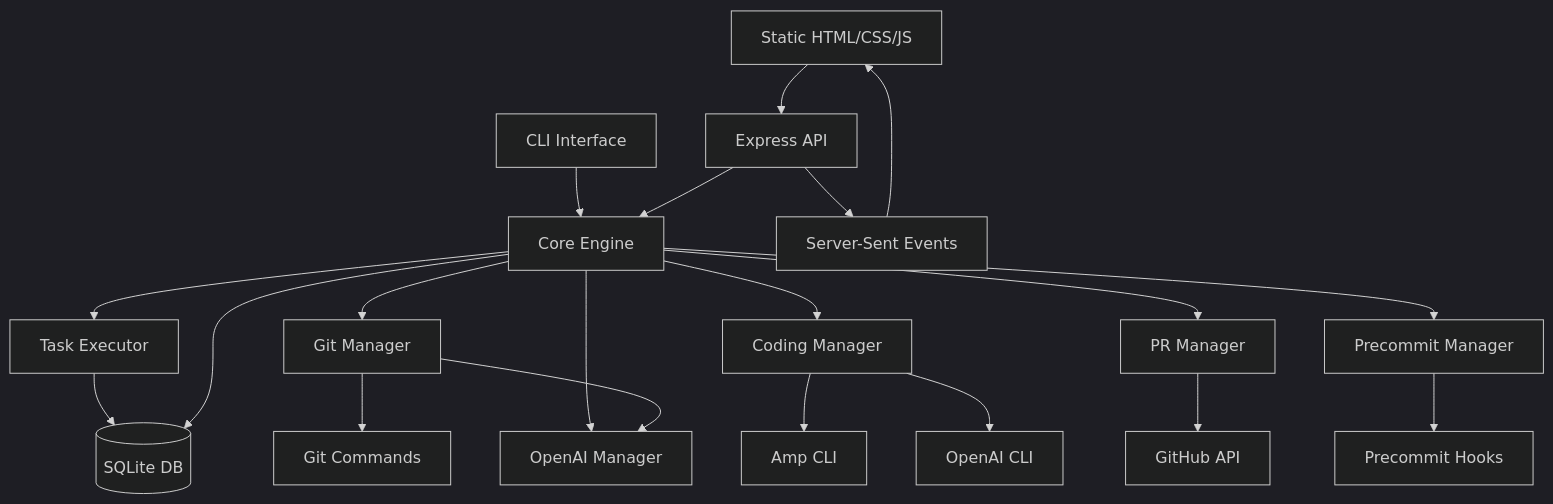
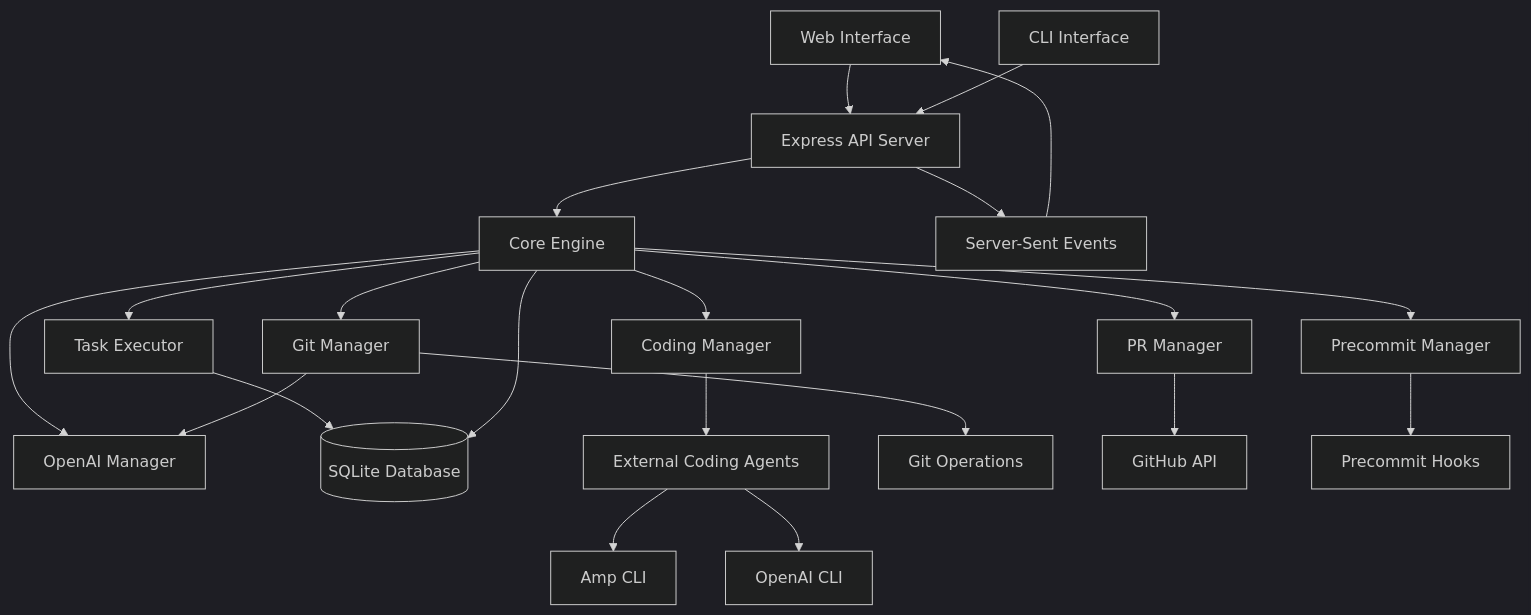
Before and after one commit to Haizzz/duckling: the first of 9 diagrams in spec.md, drawn with Mermaid (dark theme). The commit also changed other lines of this file and 2 other files, not shown here.

````diff
--- a/spec.md
+++ b/spec.md
@@ -10,27 +10,28 @@
 ```mermaid
 graph TB
-    CLI[CLI Interface] --> Core[Core Engine]
-    Web[Static HTML/CSS/JS] --> API[Express API]
-    API --> Core
+    UI[Web Interface] --> API[Express API Server]
+    CLI[CLI Interface] --> API
+    API --> Core[Core Engine]
     
     Core --> TE[Task Executor]
     Core --> GM[Git Manager] 
     Core --> CM[Coding Manager]
     Core --> PRM[PR Manager]
     Core --> PM[Precommit Manager]
     Core --> OAI[OpenAI Manager]
     
-    TE --> DB[(SQLite DB)]
+    TE --> DB[(SQLite Database)]
     Core --> DB
     
-    CM --> AmpCLI[Amp CLI]
-    CM --> OpenAICLI[OpenAI CLI]
+    CM --> Agents[External Coding Agents]
+    Agents --> AmpCLI[Amp CLI]
+    Agents --> OpenAICLI[OpenAI CLI]
     
-    GM --> Git[Git Commands]
-    GM --> OAI[OpenAI Manager]
+    GM --> Git[Git Operations]
+    GM --> OAI
     PRM --> GitHub[GitHub API]
-    PM --> PrecommitHooks[Precommit Hooks]
+    PM --> Hooks[Precommit Hooks]
     
     API --> SSE[Server-Sent Events]
-    SSE --> Web
+    SSE --> UI
 ```
````
